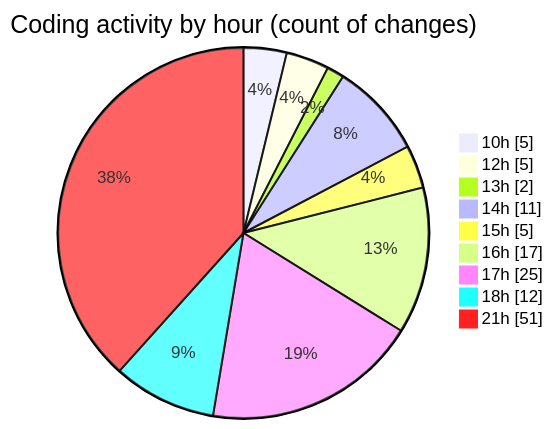
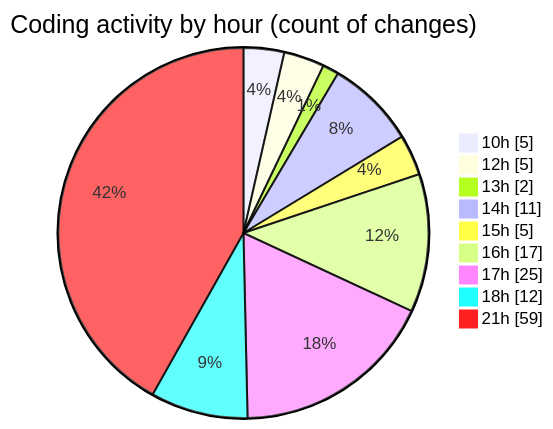
One commit to Ritupan-Deka/code-tracking changed the second of 2 diagrams in 2025-07-07/urlwebwala_intership_work/README.md. Above: the diagram before and after it, drawn with Mermaid. The commit also changed other lines of this file and 1 other file, not shown here.

````diff
--- a/2025-07-07/urlwebwala_intership_work/README.md
+++ b/2025-07-07/urlwebwala_intership_work/README.md
@@ -34,13 +34,13 @@
 ```mermaid
 pie showData
 title Coding activity by hour (count of changes)
 "10h" : 5
 "12h" : 5
 "13h" : 2
 "14h" : 11
 "15h" : 5
 "16h" : 17
 "17h" : 25
 "18h" : 12
-"21h" : 51
+"21h" : 59
 ```
````
